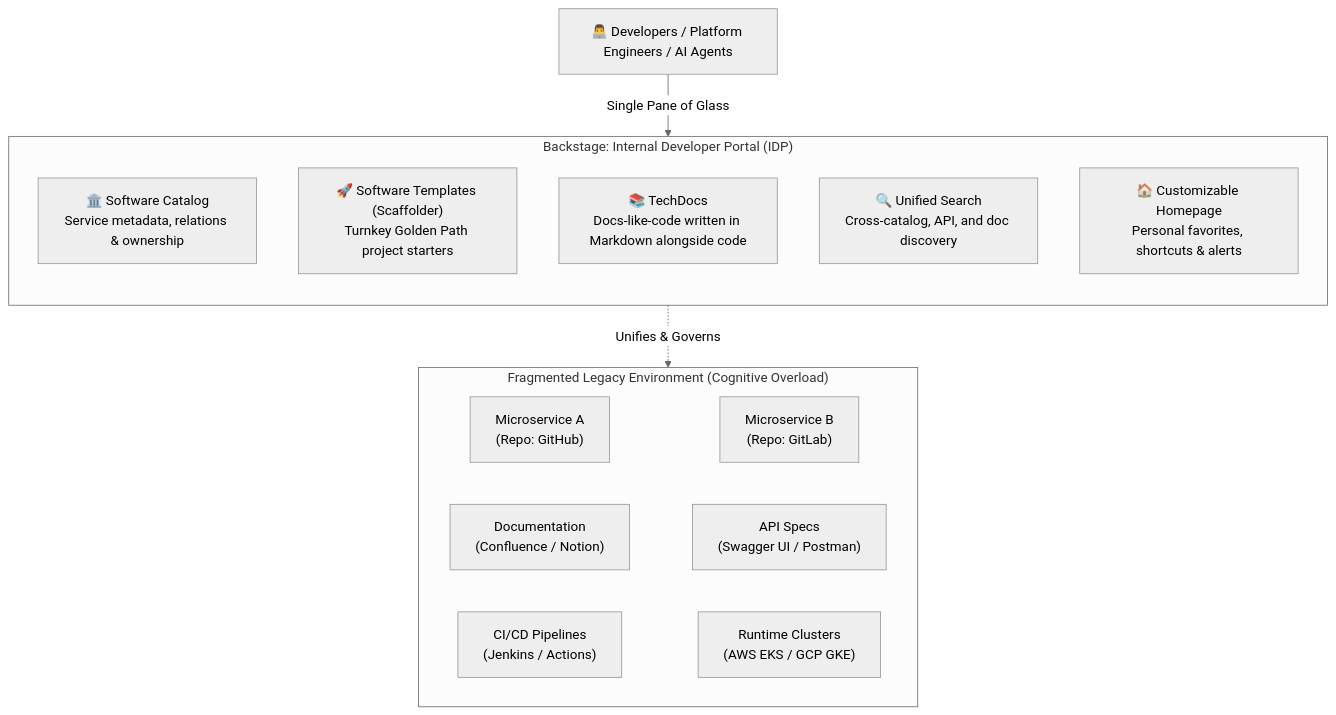
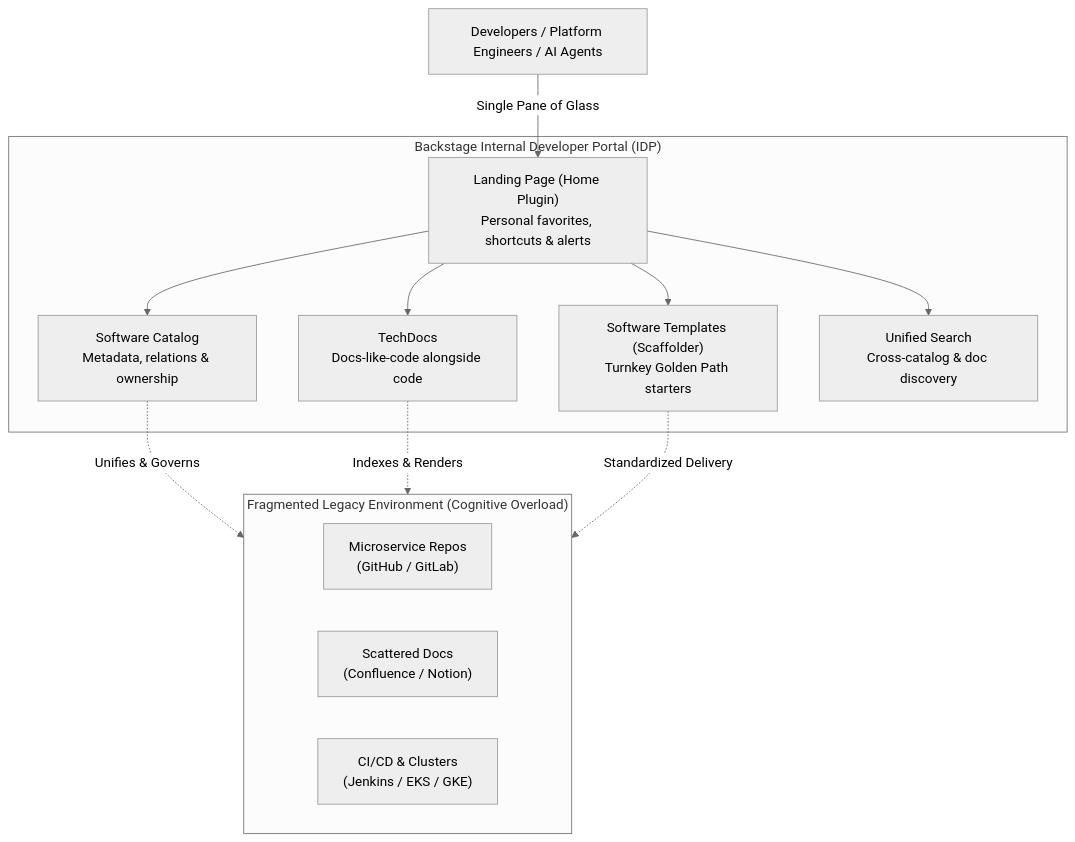
One commit to tedmax100/agentic-ai-for-pe changed the first of 7 diagrams in ch11.md. Above: the diagram before and after it, drawn with Mermaid (neutral theme). The commit also changed other lines of this file and 1 other file, not shown here.

Commit message:
fix(ch11): resolve mermaid syntax errors across all diagrams

````diff
--- a/ch11.md
+++ b/ch11.md
@@ -35,20 +35,29 @@
 ```mermaid
 flowchart TD
-    subgraph Fragmented["Fragmented Legacy Environment (Cognitive Overload)"]
-        S1["Microservice A<br/>(Repo: GitHub)"] ~~~ S2["Microservice B<br/>(Repo: GitLab)"]
-        D1["Documentation<br/>(Confluence / Notion)"] ~~~ D2["API Specs<br/>(Swagger UI / Postman)"]
-        C1["CI/CD Pipelines<br/>(Jenkins / Actions)"] ~~~ K1["Runtime Clusters<br/>(AWS EKS / GCP GKE)"]
+    subgraph LegacyEnv["Fragmented Legacy Environment (Cognitive Overload)"]
+        direction LR
+        S1["Microservice Repos<br/>(GitHub / GitLab)"]
+        D1["Scattered Docs<br/>(Confluence / Notion)"]
+        C1["CI/CD & Clusters<br/>(Jenkins / EKS / GKE)"]
     end
 
-    subgraph BackstagePortal["Backstage: Internal Developer Portal (IDP)"]
-        direction TB
-        Catalog["🏛️ Software Catalog<br/>Service metadata, relations & ownership"]
-        Scaffolder["🚀 Software Templates (Scaffolder)<br/>Turnkey Golden Path project starters"]
-        TechDocs["📚 TechDocs<br/>Docs-like-code written in Markdown alongside code"]
-        Search["🔍 Unified Search<br/>Cross-catalog, API, and doc discovery"]
-        Home["🏠 Customizable Homepage<br/>Personal favorites, shortcuts & alerts"]
+    subgraph BackstagePortal["Backstage Internal Developer Portal (IDP)"]
+        Catalog["Software Catalog<br/>Metadata, relations & ownership"]
+        Scaffolder["Software Templates (Scaffolder)<br/>Turnkey Golden Path starters"]
+        TechDocs["TechDocs<br/>Docs-like-code alongside code"]
+        Search["Unified Search<br/>Cross-catalog & doc discovery"]
+        Home["Landing Page (Home Plugin)<br/>Personal favorites, shortcuts & alerts"]
     end
 
-    Dev["👨‍💻 Developers / Platform Engineers / AI Agents"] -->|Single Pane of Glass| BackstagePortal
-    BackstagePortal -.->|Unifies & Governs| Fragmented
+    Dev["Developers / Platform Engineers / AI Agents"]
+
+    Dev -->|Single Pane of Glass| Home
+    Home --> Catalog
+    Home --> Scaffolder
+    Home --> TechDocs
+    Home --> Search
+
+    Catalog -.->|Unifies & Governs| S1
+    TechDocs -.->|Indexes & Renders| D1
+    Scaffolder -.->|Standardized Delivery| C1
 ```
````
